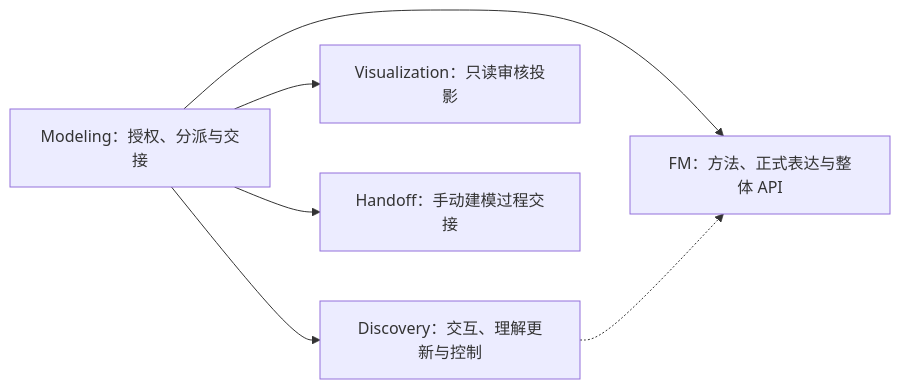
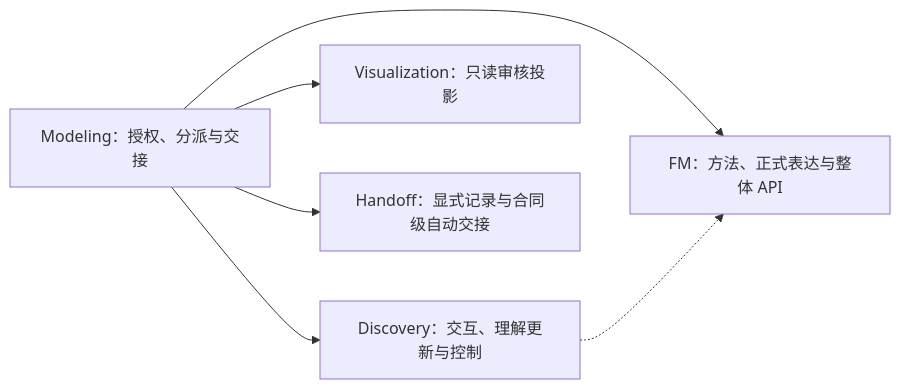
The first of 2 diagrams in .agents/skills/evidence-modeling/references/workflow.md (JayClock/Evidence-Framework), drawn with Mermaid before and after one commit. The commit also changed other lines of this file and 28 other files, not shown here.

````diff
--- a/.agents/skills/evidence-modeling/references/workflow.md
+++ b/.agents/skills/evidence-modeling/references/workflow.md
@@ -9,13 +9,13 @@
 ```mermaid
 flowchart LR
     modeling[Modeling：授权、分派与交接]
     discovery[Discovery：交互、理解更新与控制]
     fm[FM：方法、正式表达与整体 API]
     visual[Visualization：只读审核投影]
-    manual[Handoff：手动建模过程交接]
+    manual[Handoff：显式记录与合同级自动交接]
     modeling --> manual
     modeling --> discovery
     modeling --> fm
     modeling --> visual
     discovery -.-> fm
 ```
````
